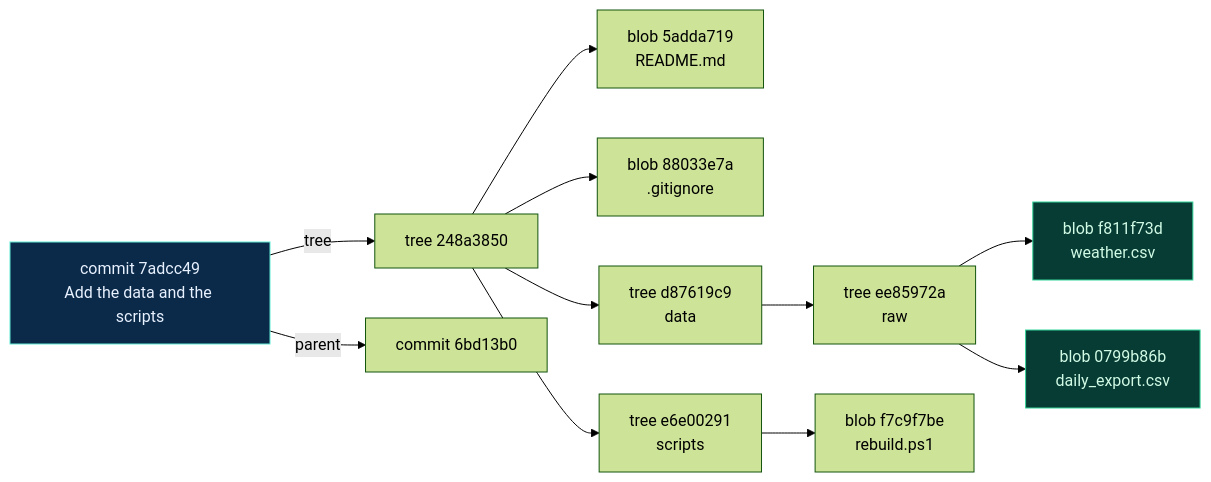
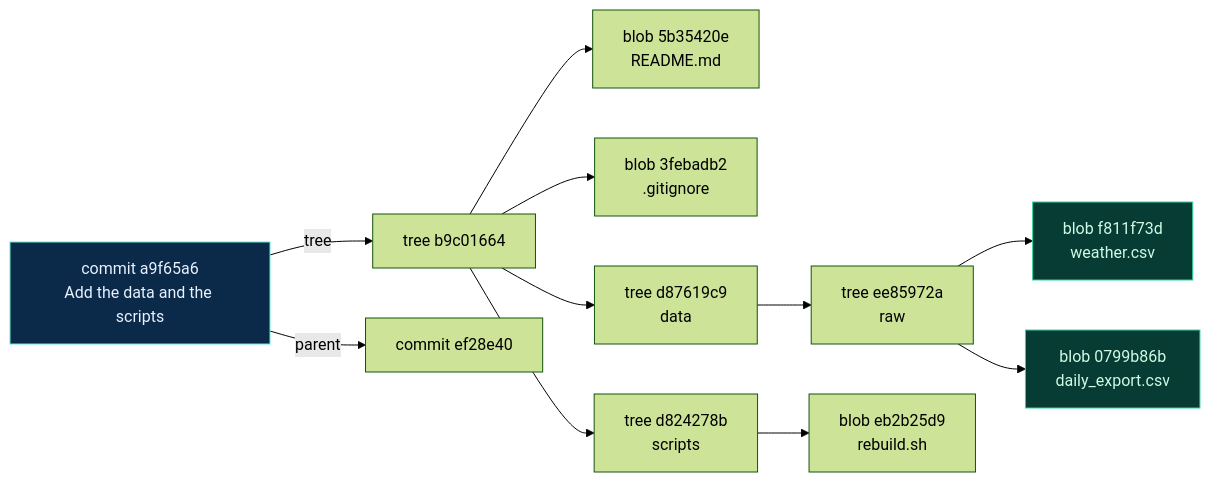
The first of 9 diagrams in lectures/content/slides/05_Version_Control.md (MindaugasSarpis/CERN_lessons_on_data_analysis), drawn with Mermaid (forest theme) before and after one commit. The commit also changed other lines of this file and 34 other files, not shown here.

````diff
--- a/lectures/content/slides/05_Version_Control.md
+++ b/lectures/content/slides/05_Version_Control.md
@@ -559,15 +564,15 @@
 ```mermaid {scale: 0.78}
 flowchart LR
-    C["commit 7adcc49<br/>Add the data and the scripts"]:::input -- tree --> T["tree 248a3850"]
-    C -- parent --> P["commit 6bd13b0"]
-    T --> R1["blob 5adda719<br/>README.md"]
-    T --> R2["blob 88033e7a<br/>.gitignore"]
+    C["commit a9f65a6<br/>Add the data and the scripts"]:::input -- tree --> T["tree b9c01664"]
+    C -- parent --> P["commit ef28e40"]
+    T --> R1["blob 5b35420e<br/>README.md"]
+    T --> R2["blob 3febadb2<br/>.gitignore"]
     T --> D["tree d87619c9<br/>data"]
-    T --> SC["tree e6e00291<br/>scripts"]
+    T --> SC["tree d824278b<br/>scripts"]
     D --> RAW["tree ee85972a<br/>raw"]
     RAW --> W["blob f811f73d<br/>weather.csv"]:::output
     RAW --> E["blob 0799b86b<br/>daily_export.csv"]:::output
-    SC --> PS["blob f7c9f7be<br/>rebuild.ps1"]
+    SC --> RS["blob eb2b25d9<br/>rebuild.sh"]
     classDef input fill:#0b2a4a,stroke:#5eead4,color:#e8f1ff
     classDef output fill:#063c34,stroke:#34d399,color:#d1fae5
 ```
````
